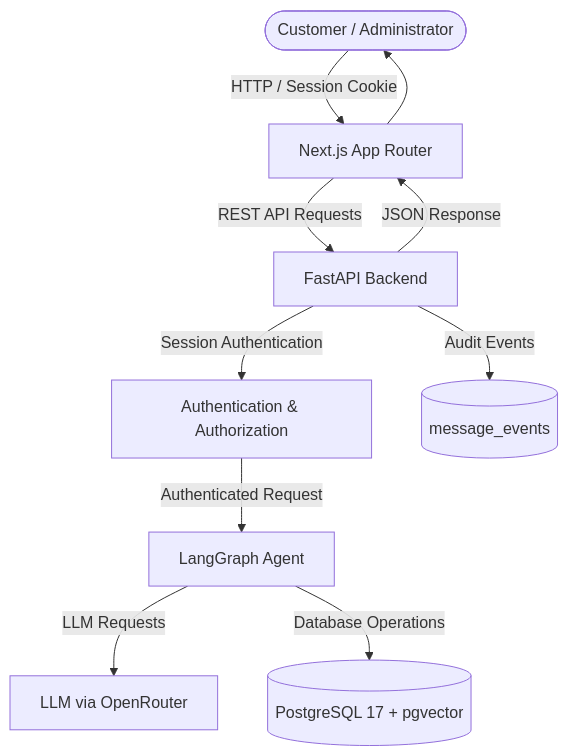
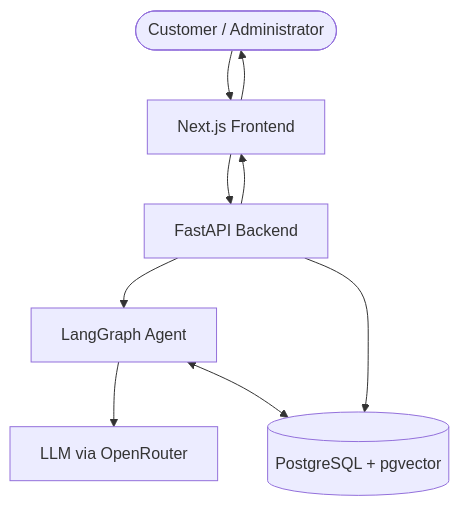
The first of 2 diagrams in README.md (Bernardons04/emporio-platform), drawn with Mermaid before and after one commit. The commit also changed other lines of this file, not shown here.

Commit message:
docs: simplify architecture diagrams

````diff
--- a/README.md
+++ b/README.md
@@ -73,15 +73,11 @@
 ```mermaid
 flowchart TD
-    User([Customer / Administrator]) -->|HTTP / Session Cookie| Frontend[Next.js App Router]
-    Frontend -->|REST API Requests| Backend[FastAPI Backend]
-
-    Backend -->|Session Authentication| Auth[Authentication & Authorization]
-    Auth -->|Authenticated Request| Agent[LangGraph Agent]
-
-    Agent -->|LLM Requests| LLM[LLM via OpenRouter]
-    Agent -->|Database Operations| DB[(PostgreSQL 17 + pgvector)]
-
-    Backend -->|Audit Events| Events[(message_events)]
-    Backend -->|JSON Response| Frontend
+    User([Customer / Administrator]) --> Frontend[Next.js Frontend]
+    Frontend --> Backend[FastAPI Backend]
+    Backend --> Agent[LangGraph Agent]
+    Agent --> LLM[LLM via OpenRouter]
+    Agent <--> DB[(PostgreSQL + pgvector)]
+    Backend --> DB
+    Backend --> Frontend
     Frontend --> User
 ```
````
